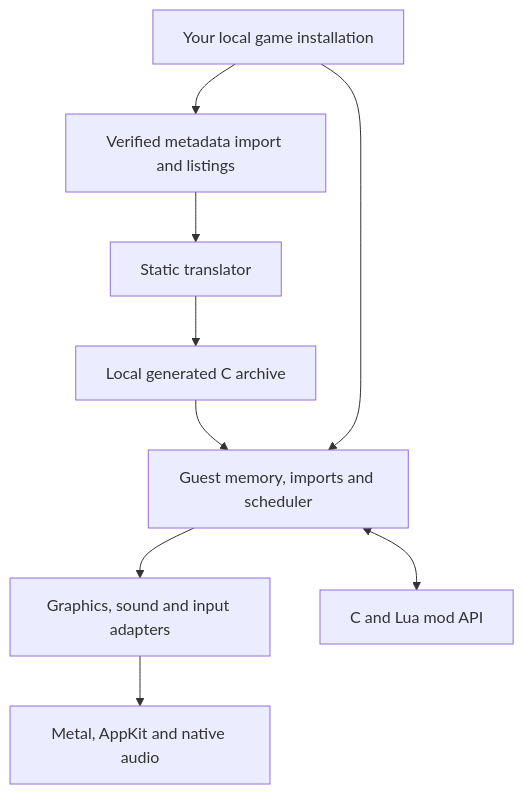
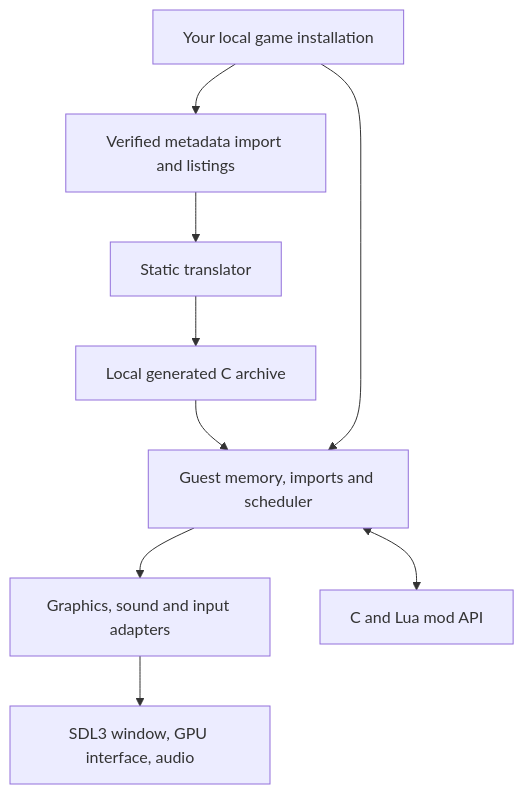
Before and after one commit to veritr1x/populous-recomp: the diagram in docs/architecture.md, drawn with Mermaid. The commit also changed other lines of this file and 14 other files, not shown here.

First line of the commit message:
Replace the AppKit host with SDL3

````diff
--- a/docs/architecture.md
+++ b/docs/architecture.md
@@ -8,11 +8,11 @@
 ```mermaid
 flowchart TD
   Game[Your local game installation] --> Setup[Verified metadata import and listings]
   Setup --> Translator[Static translator]
   Translator --> Generated[Local generated C archive]
   Generated --> Runtime[Guest memory, imports and scheduler]
   Game --> Runtime
   Runtime --> DX[Graphics, sound and input adapters]
-  DX --> Host[Metal, AppKit and native audio]
+  DX --> Host[SDL3 window, GPU interface, audio]
   Runtime <--> Mods[C and Lua mod API]
 ```
````
